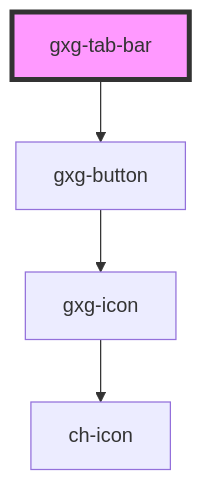
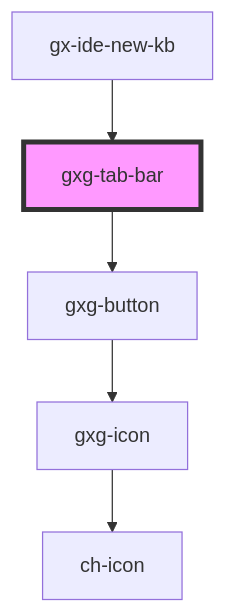
The diagram in src/components/tab-bar/readme.md (genexuslabs/gemini), drawn with Mermaid before and after one commit. The commit also changed other lines of this file and 45 other files, not shown here.

````diff
--- a/src/components/tab-bar/readme.md
+++ b/src/components/tab-bar/readme.md
@@ -13,7 +17,8 @@
 ```mermaid
 graph TD;
   gxg-tab-bar --> gxg-button
   gxg-button --> gxg-icon
   gxg-icon --> ch-icon
+  gx-ide-new-kb --> gxg-tab-bar
   style gxg-tab-bar fill:#f9f,stroke:#333,stroke-width:4px
 ```
````
